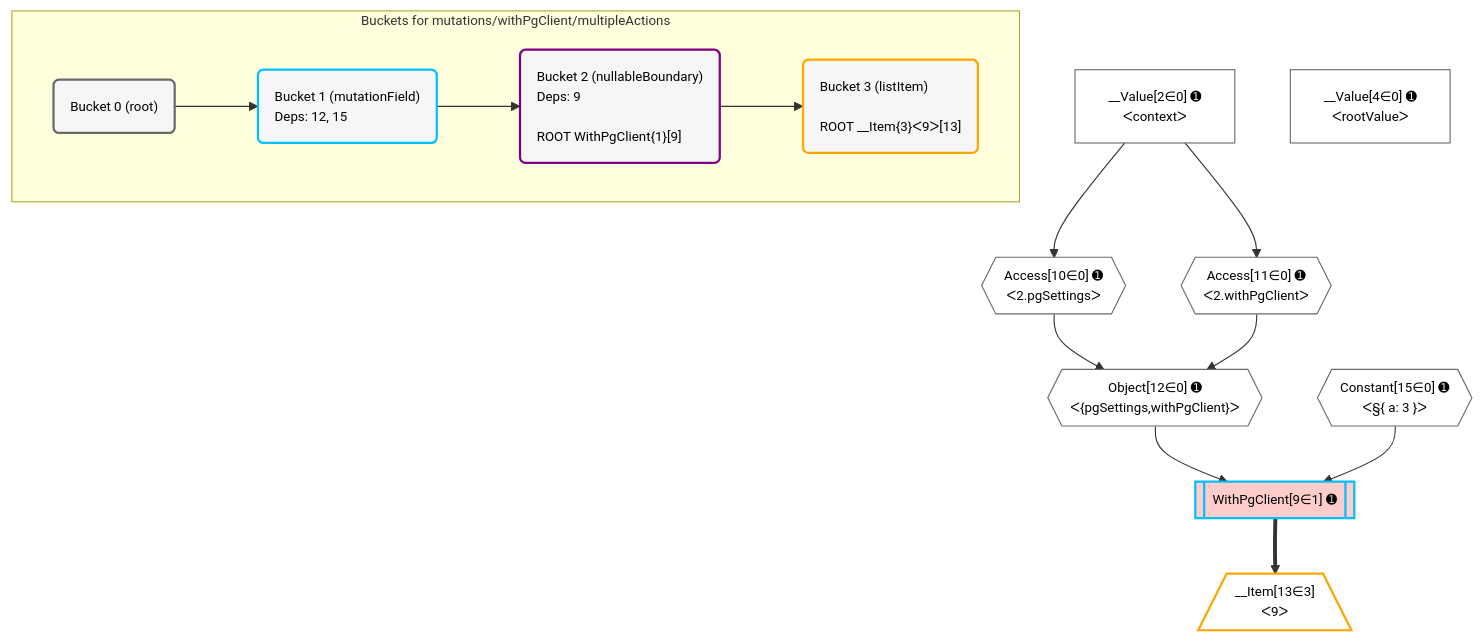
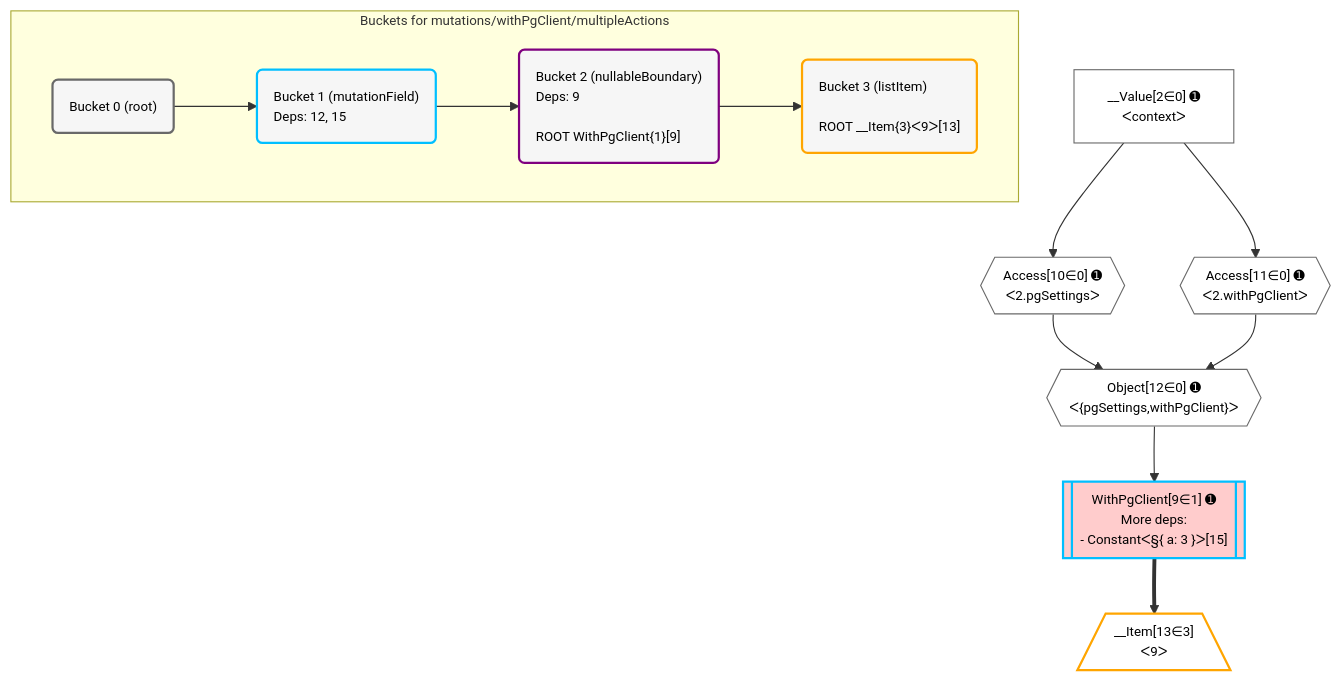
Before and after one commit to graphile/crystal: the diagram in grafast/dataplan-pg/__tests__/mutations/withPgClient/multipleActions.mermaid, drawn with Mermaid. The commit also changed 390 other files, not shown here.

Commit message:
Update plan diagrams

```diff
--- a/grafast/dataplan-pg/__tests__/mutations/withPgClient/multipleActions.mermaid
+++ b/grafast/dataplan-pg/__tests__/mutations/withPgClient/multipleActions.mermaid
@@ -1,43 +1,41 @@
 %%{init: {'themeVariables': { 'fontSize': '12px'}}}%%
 graph TD
     classDef path fill:#eee,stroke:#000,color:#000
     classDef plan fill:#fff,stroke-width:1px,color:#000
     classDef itemplan fill:#fff,stroke-width:2px,color:#000
     classDef unbatchedplan fill:#dff,stroke-width:1px,color:#000
     classDef sideeffectplan fill:#fcc,stroke-width:2px,color:#000
     classDef bucket fill:#f6f6f6,color:#000,stroke-width:2px,text-align:left
 
     subgraph "Buckets for mutations/withPgClient/multipleActions"
     Bucket0("Bucket 0 (root)"):::bucket
     Bucket1("Bucket 1 (mutationField)<br />Deps: 12, 15"):::bucket
     Bucket2("Bucket 2 (nullableBoundary)<br />Deps: 9<br /><br />ROOT WithPgClient{1}[9]"):::bucket
     Bucket3("Bucket 3 (listItem)<br /><br />ROOT __Item{3}ᐸ9ᐳ[13]"):::bucket
     end
     Bucket0 --> Bucket1
     Bucket1 --> Bucket2
     Bucket2 --> Bucket3
 
     %% plan dependencies
     Object12{{"Object[12∈0] ➊<br />ᐸ{pgSettings,withPgClient}ᐳ"}}:::plan
     Access10{{"Access[10∈0] ➊<br />ᐸ2.pgSettingsᐳ"}}:::plan
     Access11{{"Access[11∈0] ➊<br />ᐸ2.withPgClientᐳ"}}:::plan
     Access10 & Access11 --> Object12
     __Value2["__Value[2∈0] ➊<br />ᐸcontextᐳ"]:::plan
     __Value2 --> Access10
     __Value2 --> Access11
-    __Value4["__Value[4∈0] ➊<br />ᐸrootValueᐳ"]:::plan
-    Constant15{{"Constant[15∈0] ➊<br />ᐸ§{ a: 3 }ᐳ"}}:::plan
-    WithPgClient9[["WithPgClient[9∈1] ➊"]]:::sideeffectplan
-    Object12 & Constant15 --> WithPgClient9
+    WithPgClient9[["WithPgClient[9∈1] ➊<br />More deps:<br />- Constantᐸ§{ a: 3 }ᐳ[15]"]]:::sideeffectplan
+    Object12 --> WithPgClient9
     __Item13[/"__Item[13∈3]<br />ᐸ9ᐳ"\]:::itemplan
     WithPgClient9 ==> __Item13
 
     %% define steps
     classDef bucket0 stroke:#696969
-    class Bucket0,__Value2,__Value4,Access10,Access11,Object12,Constant15 bucket0
+    class Bucket0,__Value2,Access10,Access11,Object12 bucket0
     classDef bucket1 stroke:#00bfff
     class Bucket1,WithPgClient9 bucket1
     classDef bucket2 stroke:#7f007f
     class Bucket2 bucket2
     classDef bucket3 stroke:#ffa500
     class Bucket3,__Item13 bucket3
```
